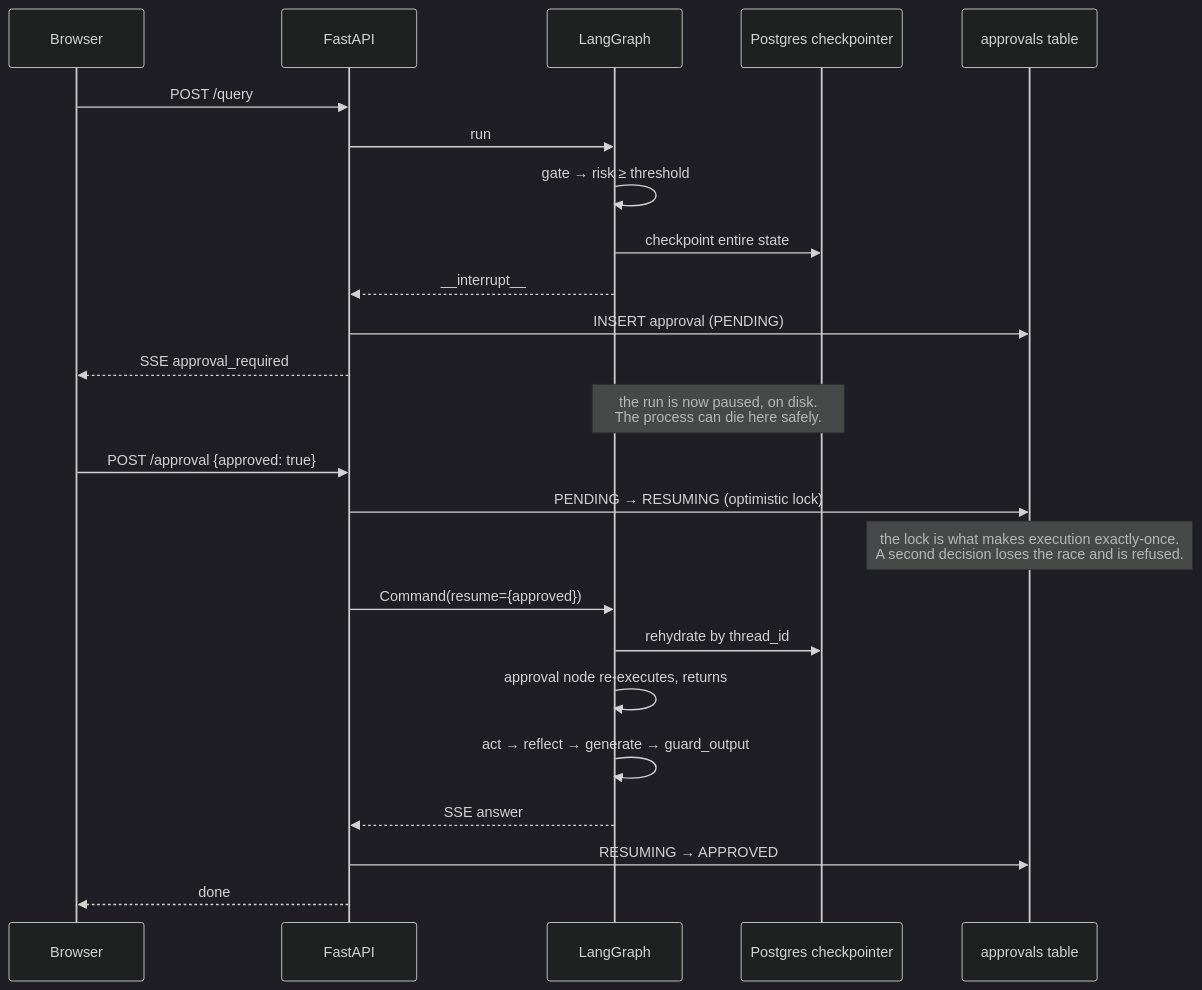
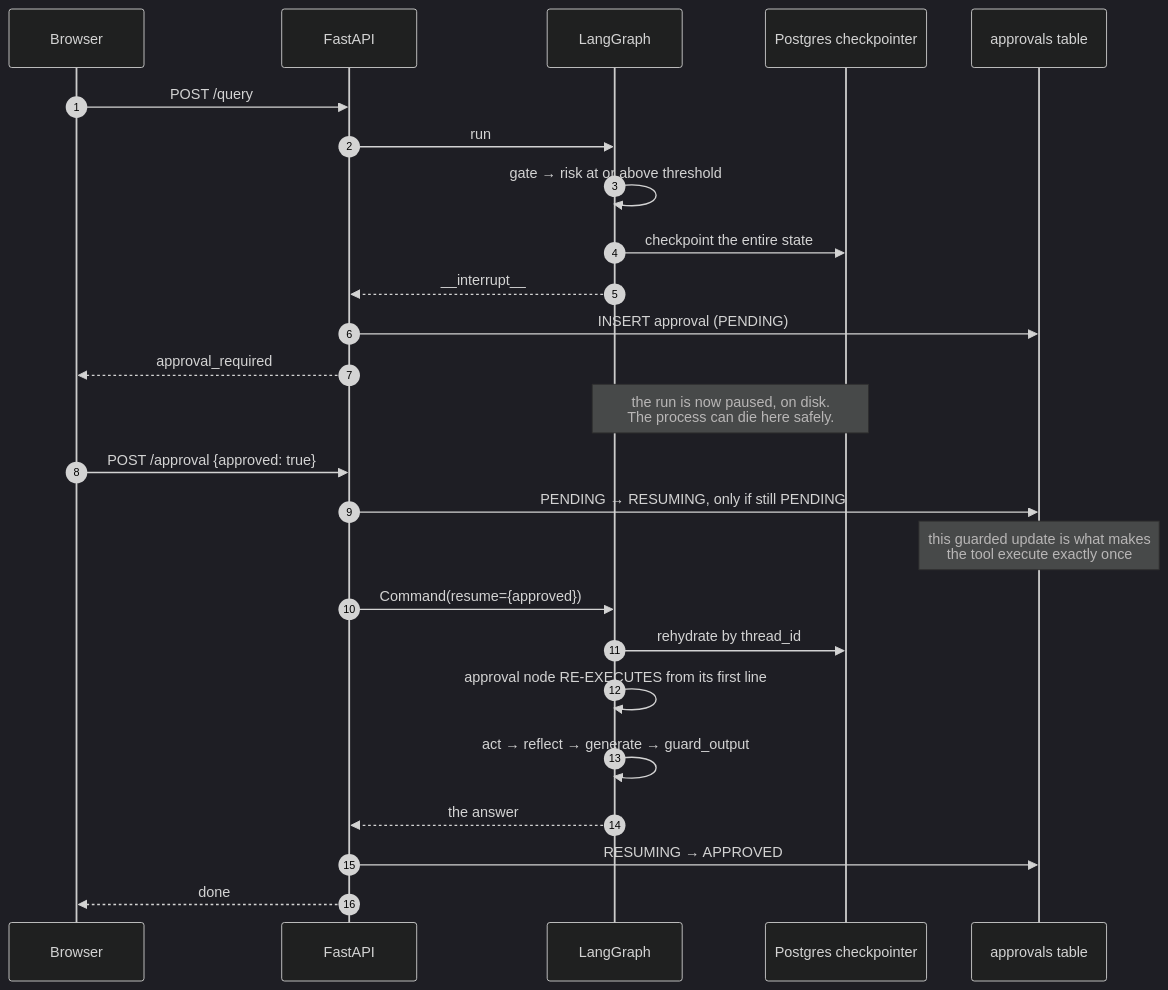
Before and after one commit to yrevash/aegis: the fourth of 5 diagrams in docs/teaching/00-foundations/40-diagrams.md, drawn with Mermaid (dark theme). The commit also changed other lines of this file and 111 other files, not shown here.

````diff
--- a/docs/teaching/00-foundations/40-diagrams.md
+++ b/docs/teaching/00-foundations/40-diagrams.md
@@ -90,28 +128,29 @@
 ```mermaid
 sequenceDiagram
+    autonumber
     participant U as Browser
     participant API as FastAPI
     participant G as LangGraph
     participant CP as Postgres checkpointer
     participant DB as approvals table
 
     U->>API: POST /query
     API->>G: run
-    G->>G: gate → risk ≥ threshold
-    G->>CP: checkpoint entire state
+    G->>G: gate → risk at or above threshold
+    G->>CP: checkpoint the entire state
     G-->>API: __interrupt__
     API->>DB: INSERT approval (PENDING)
-    API-->>U: SSE approval_required
+    API-->>U: approval_required
     Note over G,CP: the run is now paused, on disk.<br/>The process can die here safely.
 
     U->>API: POST /approval {approved: true}
-    API->>DB: PENDING → RESUMING (optimistic lock)
-    Note over DB: the lock is what makes execution exactly-once.<br/>A second decision loses the race and is refused.
+    API->>DB: PENDING → RESUMING, only if still PENDING
+    Note over DB: this guarded update is what makes<br/>the tool execute exactly once
     API->>G: Command(resume={approved})
     G->>CP: rehydrate by thread_id
-    G->>G: approval node re-executes, returns
+    G->>G: approval node RE-EXECUTES from its first line
     G->>G: act → reflect → generate → guard_output
-    G-->>API: SSE answer
+    G-->>API: the answer
     API->>DB: RESUMING → APPROVED
     API-->>U: done
 ```
````
